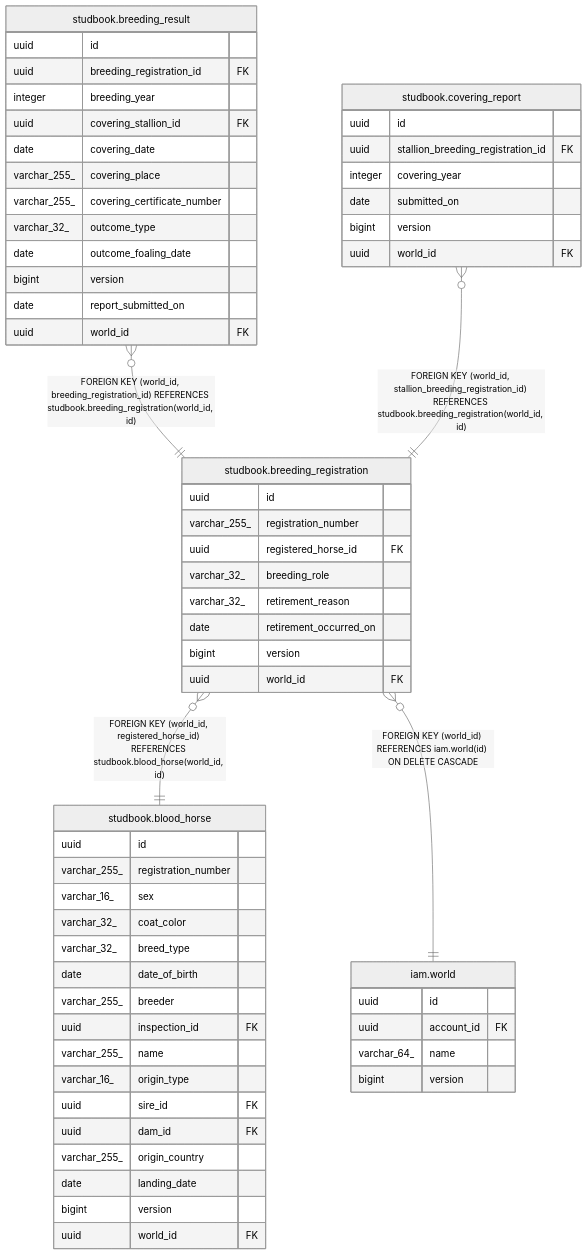
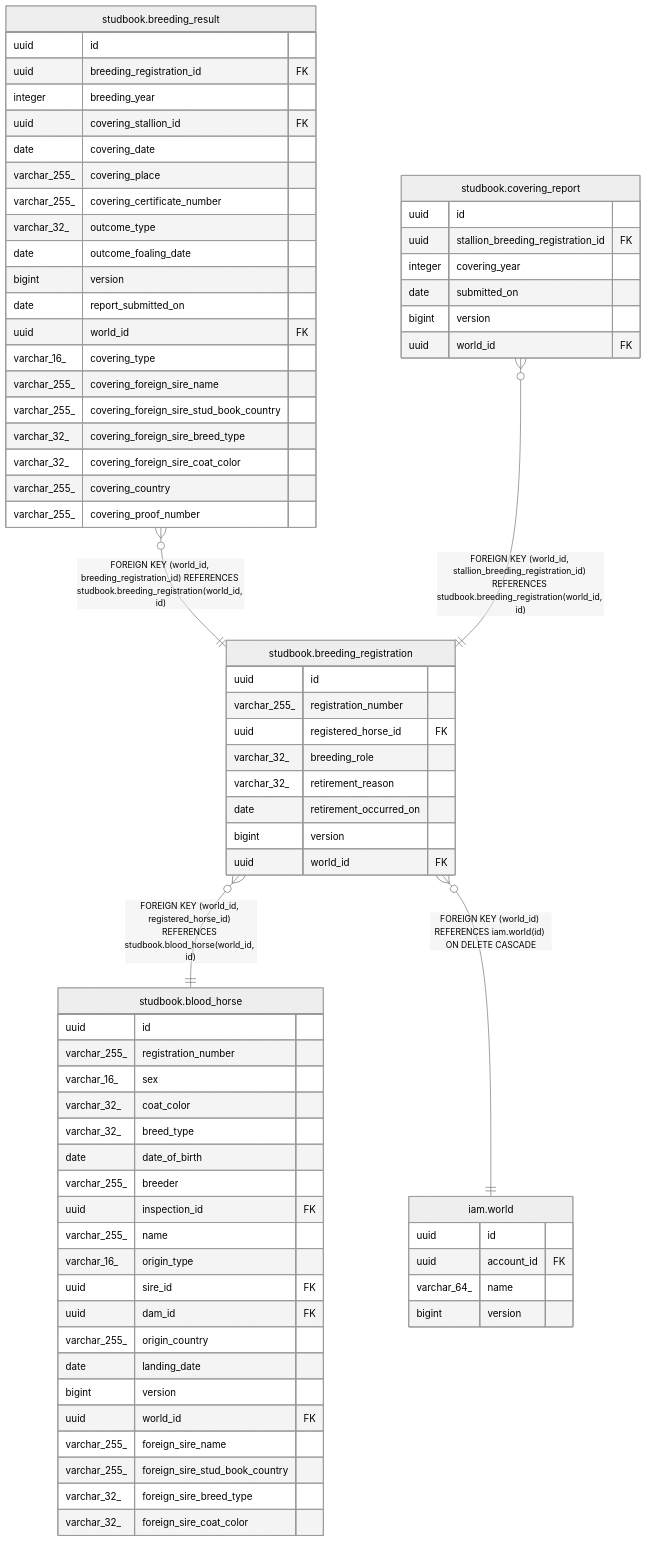
The diagram in dbdoc/studbook.breeding_registration.md (ptiringo/toy-box), drawn with Mermaid (neutral theme) before and after one commit. The commit also changed 16 other files, not shown here.

````diff
--- a/dbdoc/studbook.breeding_registration.md
+++ b/dbdoc/studbook.breeding_registration.md
@@ -48,65 +48,76 @@
 ```mermaid
 erDiagram
 
 "studbook.breeding_result" }o--|| "studbook.breeding_registration" : "FOREIGN KEY (world_id, breeding_registration_id) REFERENCES studbook.breeding_registration(world_id, id)"
 "studbook.covering_report" }o--|| "studbook.breeding_registration" : "FOREIGN KEY (world_id, stallion_breeding_registration_id) REFERENCES studbook.breeding_registration(world_id, id)"
 "studbook.breeding_registration" }o--|| "studbook.blood_horse" : "FOREIGN KEY (world_id, registered_horse_id) REFERENCES studbook.blood_horse(world_id, id)"
 "studbook.breeding_registration" }o--|| "iam.world" : "FOREIGN KEY (world_id) REFERENCES iam.world(id) ON DELETE CASCADE"
 
 "studbook.breeding_registration" {
   uuid id
   varchar_255_ registration_number
   uuid registered_horse_id FK
   varchar_32_ breeding_role
   varchar_32_ retirement_reason
   date retirement_occurred_on
   bigint version
   uuid world_id FK
 }
 "studbook.breeding_result" {
   uuid id
   uuid breeding_registration_id FK
   integer breeding_year
   uuid covering_stallion_id FK
   date covering_date
   varchar_255_ covering_place
   varchar_255_ covering_certificate_number
   varchar_32_ outcome_type
   date outcome_foaling_date
   bigint version
   date report_submitted_on
   uuid world_id FK
+  varchar_16_ covering_type
+  varchar_255_ covering_foreign_sire_name
+  varchar_255_ covering_foreign_sire_stud_book_country
+  varchar_32_ covering_foreign_sire_breed_type
+  varchar_32_ covering_foreign_sire_coat_color
+  varchar_255_ covering_country
+  varchar_255_ covering_proof_number
 }
 "studbook.covering_report" {
   uuid id
   uuid stallion_breeding_registration_id FK
   integer covering_year
   date submitted_on
   bigint version
   uuid world_id FK
 }
 "studbook.blood_horse" {
   uuid id
   varchar_255_ registration_number
   varchar_16_ sex
   varchar_32_ coat_color
   varchar_32_ breed_type
   date date_of_birth
   varchar_255_ breeder
   uuid inspection_id FK
   varchar_255_ name
   varchar_16_ origin_type
   uuid sire_id FK
   uuid dam_id FK
   varchar_255_ origin_country
   date landing_date
   bigint version
   uuid world_id FK
+  varchar_255_ foreign_sire_name
+  varchar_255_ foreign_sire_stud_book_country
+  varchar_32_ foreign_sire_breed_type
+  varchar_32_ foreign_sire_coat_color
 }
 "iam.world" {
   uuid id
   uuid account_id FK
   varchar_64_ name
   bigint version
 }
 ```
````
